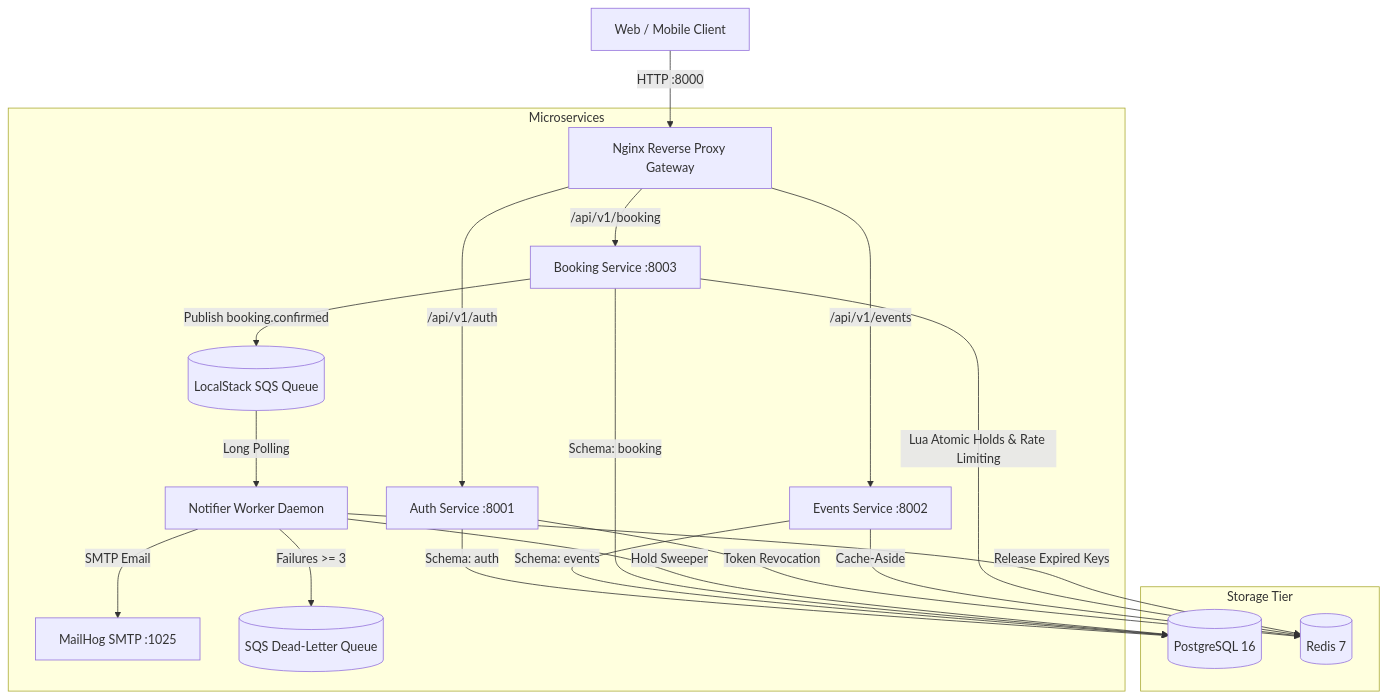
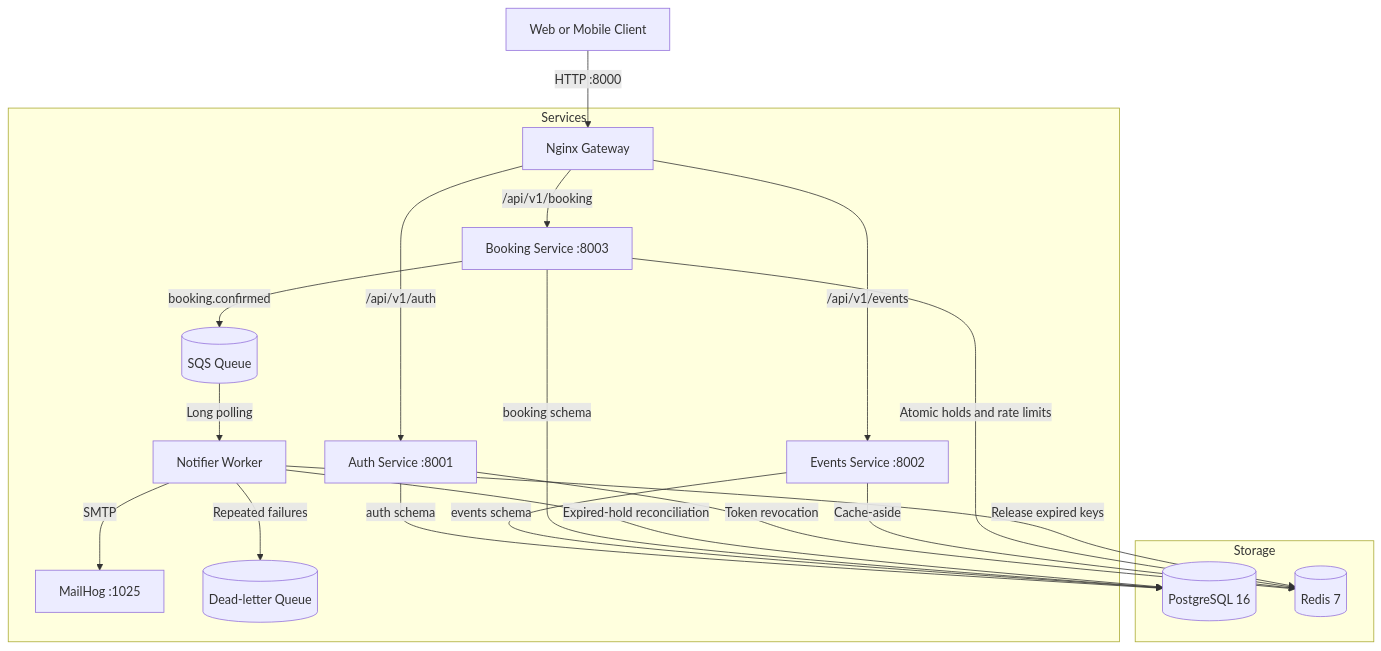
Before and after one commit to Git-Kapish/SeatLock: the second of 2 diagrams in README.md, drawn with Mermaid. The commit also changed other lines of this file, not shown here.

````diff
--- a/README.md
+++ b/README.md
@@ -28,27 +89,27 @@
 ```mermaid
 graph TD
-    Client[Web / Mobile Client] -->|HTTP :8000| Gateway[Nginx Reverse Proxy Gateway]
+    Client[Web or Mobile Client] -->|HTTP :8000| Gateway[Nginx Gateway]
 
-    subgraph Microservices
-        Gateway -->|/api/v1/auth| AuthSvc[Auth Service :8001]
-        Gateway -->|/api/v1/events| EventsSvc[Events Service :8002]
-        Gateway -->|/api/v1/booking| BookingSvc[Booking Service :8003]
+    subgraph Services
+        Gateway -->|/api/v1/auth| Auth[Auth Service :8001]
+        Gateway -->|/api/v1/events| Events[Events Service :8002]
+        Gateway -->|/api/v1/booking| Booking[Booking Service :8003]
 
-        BookingSvc -->|Publish booking.confirmed| SQSQueue[(LocalStack SQS Queue)]
-        SQSQueue -->|Long Polling| Worker[Notifier Worker Daemon]
-        Worker -->|SMTP Email| MailHog[MailHog SMTP :1025]
-        Worker -->|Failures >= 3| DLQ[(SQS Dead-Letter Queue)]
+        Booking -->|booking.confirmed| Queue[(SQS Queue)]
+        Queue -->|Long polling| Worker[Notifier Worker]
+        Worker -->|SMTP| MailHog[MailHog :1025]
+        Worker -->|Repeated failures| DLQ[(Dead-letter Queue)]
     end
 
-    subgraph Storage Tier
-        AuthSvc -->|Schema: auth| Postgres[(PostgreSQL 16)]
-        EventsSvc -->|Schema: events| Postgres
-        BookingSvc -->|Schema: booking| Postgres
-        Worker -->|Hold Sweeper| Postgres
+    subgraph Storage
+        Auth -->|auth schema| DB[(PostgreSQL 16)]
+        Events -->|events schema| DB
+        Booking -->|booking schema| DB
+        Worker -->|Expired-hold reconciliation| DB
 
-        AuthSvc -->|Token Revocation| Redis[(Redis 7)]
-        EventsSvc -->|Cache-Aside| Redis
-        BookingSvc -->|Lua Atomic Holds & Rate Limiting| Redis
-        Worker -->|Release Expired Keys| Redis
+        Auth -->|Token revocation| Redis[(Redis 7)]
+        Events -->|Cache-aside| Redis
+        Booking -->|Atomic holds and rate limits| Redis
+        Worker -->|Release expired keys| Redis
     end
 ```
````
